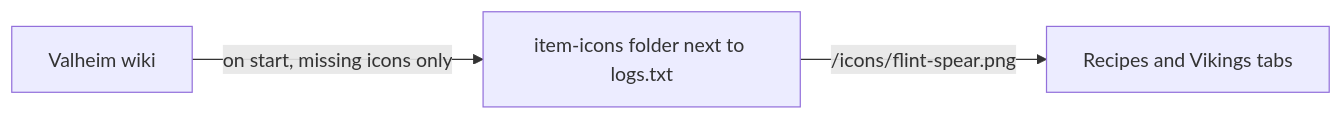
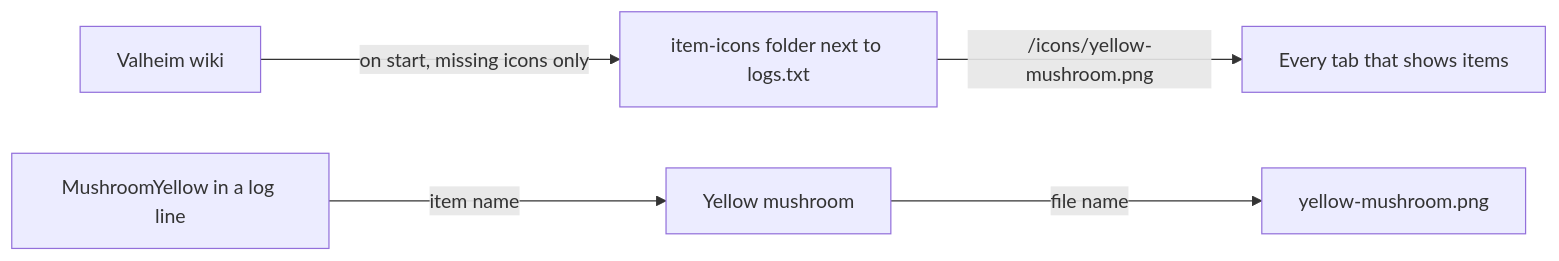
One commit to cristiadu/valheim-dashboard changed the ninth of 16 diagrams in docs/architecture.md. Above: the diagram before and after it, drawn with Mermaid. The commit also changed other lines of this file and 15 other files, not shown here.

Commit message:
Show chests on the Map as chest icons that open into chest windows, and fix missing item icons

````diff
--- a/docs/architecture.md
+++ b/docs/architecture.md
@@ -174,5 +174,6 @@
 ```mermaid
 flowchart LR
   wiki[Valheim wiki] -->|on start, missing icons only| icons["item-icons folder next to logs.txt"]
-  icons -->|/icons/flint-spear.png| pages[Recipes and Vikings tabs]
+  prefab["MushroomYellow in a log line"] -->|item name| name["Yellow mushroom"] -->|file name| file["yellow-mushroom.png"]
+  icons -->|/icons/yellow-mushroom.png| pages[Every tab that shows items]
 ```
````
